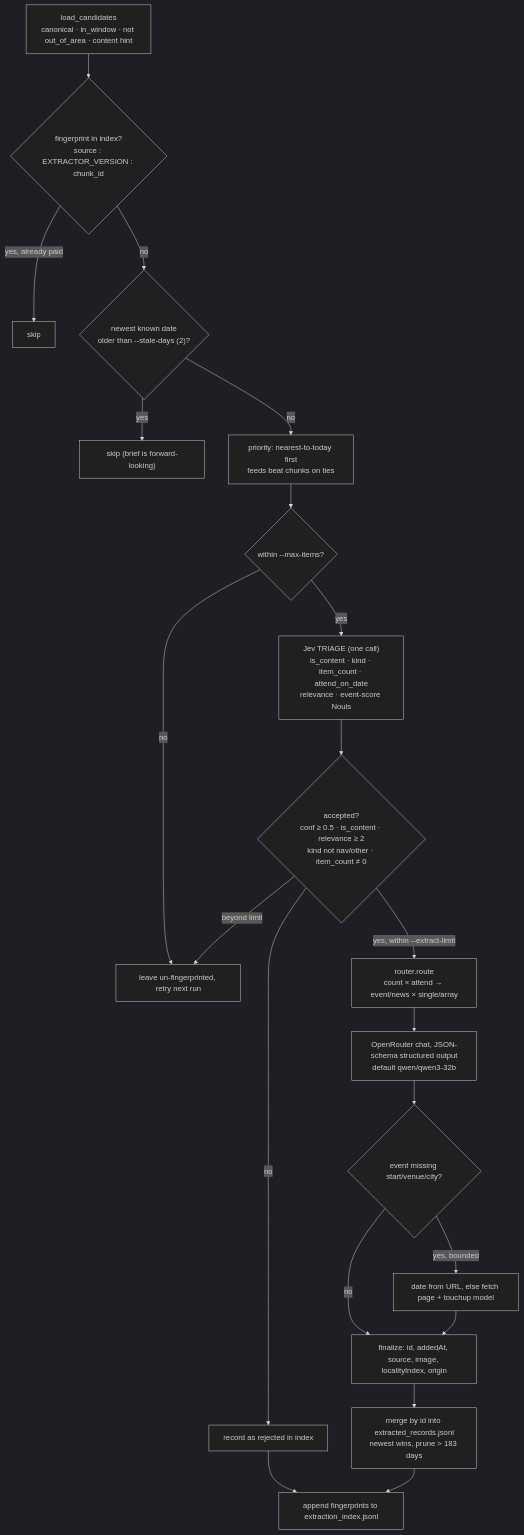
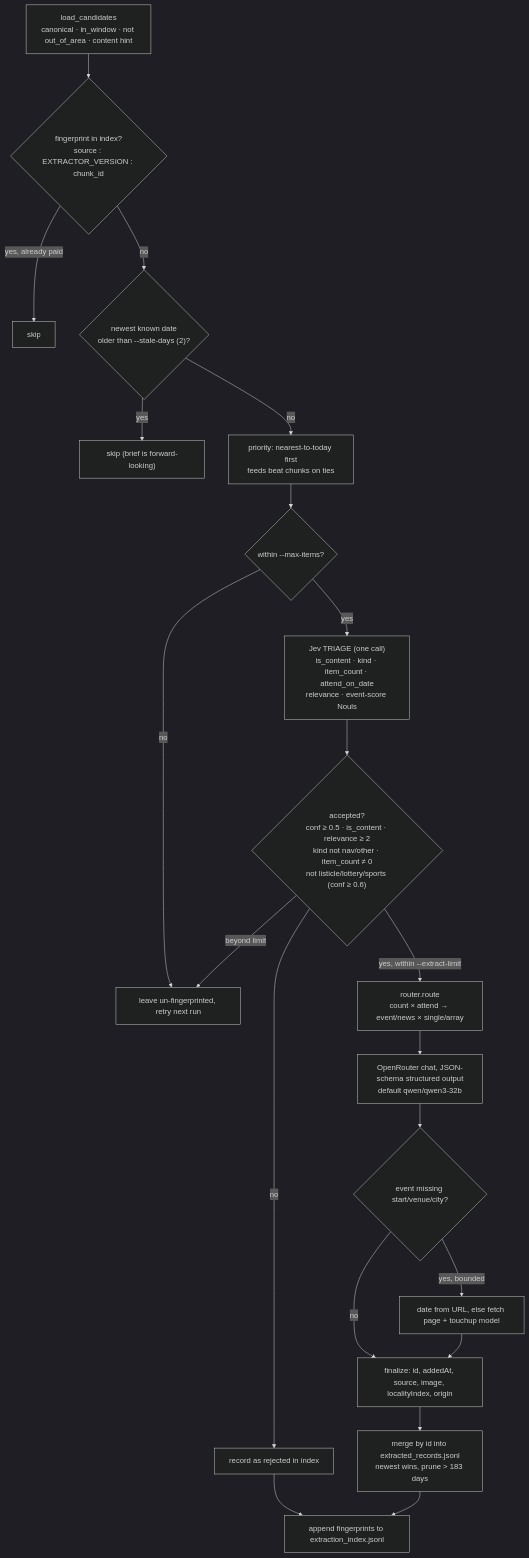
The fourth of 7 diagrams in data-collect/DATAFLOW.md (phurley/daily-brief), drawn with Mermaid (dark theme) before and after one commit. The commit also changed other lines of this file and 6 other files, not shown here.

First line of the commit message:
Add lottery/sports drops to Jev triage; document hourly launchd setup

````diff
--- a/data-collect/DATAFLOW.md
+++ b/data-collect/DATAFLOW.md
@@ -179,23 +179,23 @@
 ```mermaid
 flowchart TD
     LOAD["load_candidates<br/>canonical · in_window · not out_of_area · content hint"] --> FP{"fingerprint in index?<br/>source : EXTRACTOR_VERSION : chunk_id"}
     FP -->|yes, already paid| SKIP1["skip"]
     FP -->|no| STALE{"newest known date<br/>older than --stale-days (2)?"}
     STALE -->|yes| SKIP2["skip (brief is forward-looking)"]
     STALE -->|no| SORT["priority: nearest-to-today first<br/>feeds beat chunks on ties"]
     SORT --> CAP{"within --max-items?"}
     CAP -->|no| DEFER["leave un-fingerprinted, retry next run"]
     CAP -->|yes| JEVCALL["Jev TRIAGE (one call)<br/>is_content · kind · item_count · attend_on_date<br/>relevance · event-score Nouls"]
-    JEVCALL --> ACCEPT{"accepted?<br/>conf ≥ 0.5 · is_content · relevance ≥ 2<br/>kind not nav/other · item_count ≠ 0"}
+    JEVCALL --> ACCEPT{"accepted?<br/>conf ≥ 0.5 · is_content · relevance ≥ 2<br/>kind not nav/other · item_count ≠ 0<br/>not listicle/lottery/sports (conf ≥ 0.6)"}
     ACCEPT -->|no| REJECT["record as rejected in index"]
     ACCEPT -->|yes, within --extract-limit| ROUTE["router.route<br/>count × attend → event/news × single/array"]
     ACCEPT -->|beyond limit| DEFER
     ROUTE --> GEN["OpenRouter chat, JSON-schema structured output<br/>default qwen/qwen3-32b"]
     GEN --> ENR{"event missing start/venue/city?"}
     ENR -->|yes, bounded| ENRICH["date from URL, else fetch page + touchup model"]
     ENR -->|no| FIN
     ENRICH --> FIN["finalize: id, addedAt, source, image, localityIndex, origin"]
     FIN --> MERGE["merge by id into extracted_records.jsonl<br/>newest wins, prune &gt; 183 days"]
     REJECT --> IDX["append fingerprints to extraction_index.jsonl"]
     MERGE --> IDX
 ```
````
